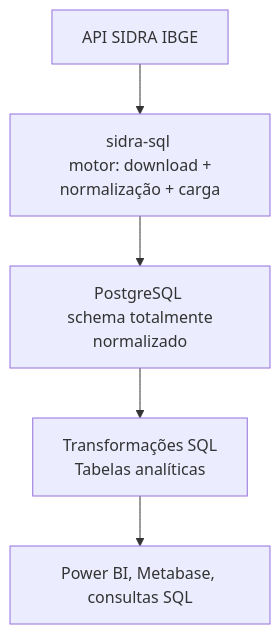
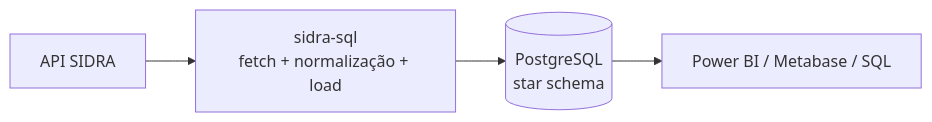
One commit to Quantilica/docs changed the second of 2 diagrams in docs/ibge/index.md. Above: the diagram before and after it, drawn with Mermaid. The commit also changed other lines of this file and 17 other files, not shown here.

````diff
--- a/docs/ibge/index.md
+++ b/docs/ibge/index.md
@@ -62,7 +31,6 @@
 ```mermaid
-graph TD
-    A[API SIDRA IBGE] --> B[sidra-sql <br/> motor: download + normalização + carga]
-    B --> C[PostgreSQL <br/> schema totalmente normalizado]
-    C --> D[Transformações SQL <br/> Tabelas analíticas]
-    D --> E[Power BI, Metabase, consultas SQL]
+graph LR
+    A[API SIDRA] --> B[sidra-sql<br/>fetch + normalização + load]
+    B --> C[(PostgreSQL<br/>star schema)]
+    C --> D[Power BI / Metabase / SQL]
 ```
````
